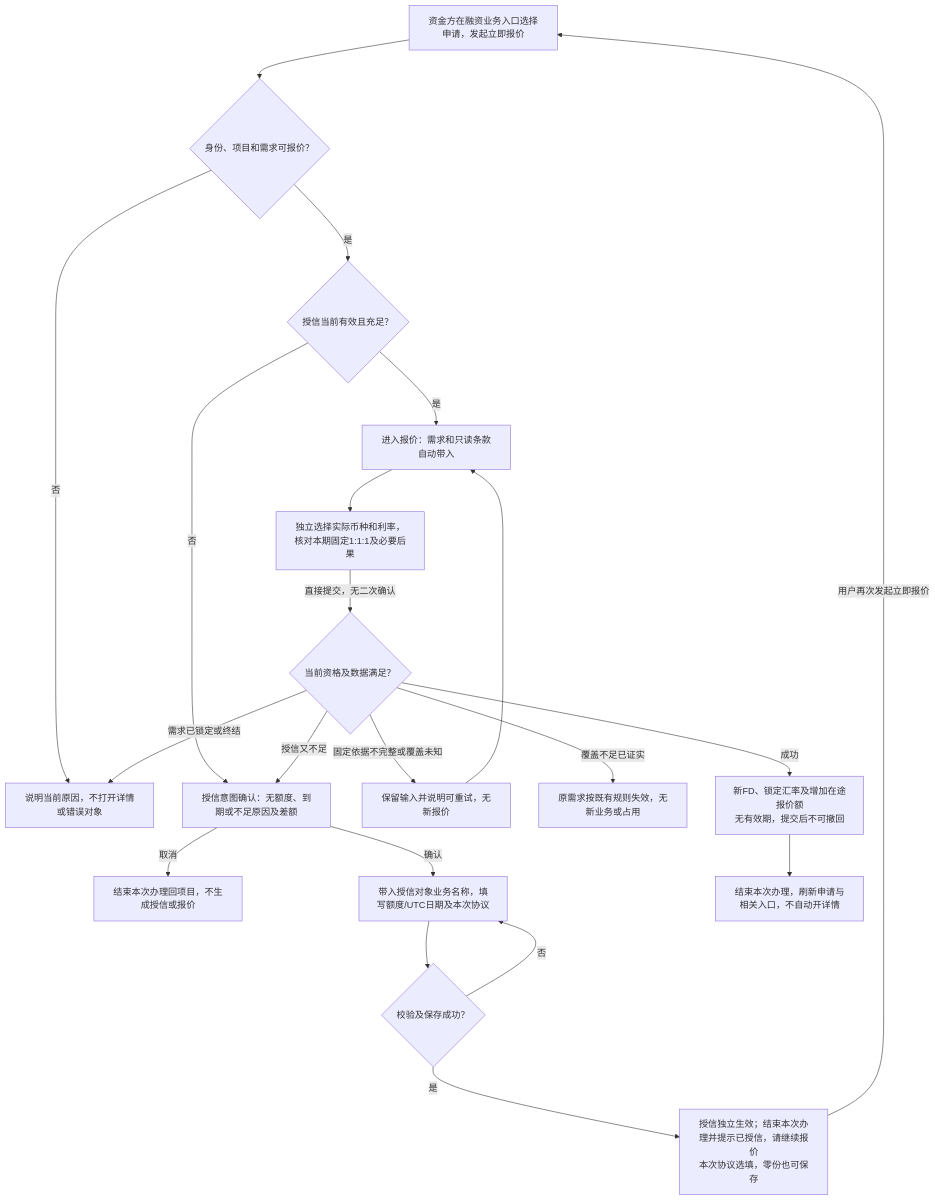
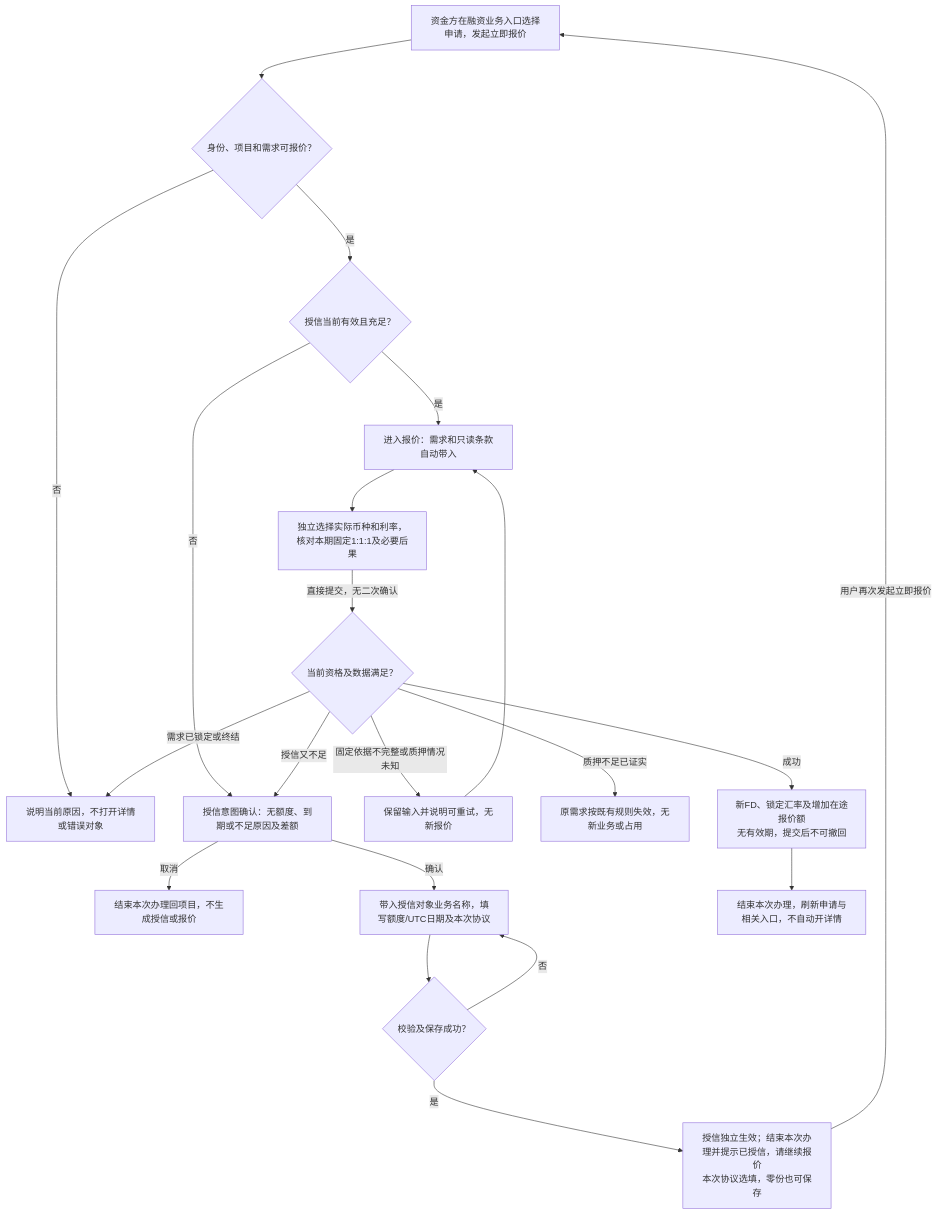
Before and after one commit to wxblockchain/Chain-Financing: the first of 8 diagrams in lending-platform/PRD/面客端/06-借贷广场-授信报价与接受拒绝/02-授信报价与接受拒绝-流程图与状态机.md, drawn with Mermaid. The commit also changed other lines of this file and 20 other files, not shown here.

````diff
--- a/lending-platform/PRD/面客端/06-借贷广场-授信报价与接受拒绝/02-授信报价与接受拒绝-流程图与状态机.md
+++ b/lending-platform/PRD/面客端/06-借贷广场-授信报价与接受拒绝/02-授信报价与接受拒绝-流程图与状态机.md
@@ -12,23 +12,23 @@
 ```mermaid
 flowchart TD
   A[资金方在融资业务入口选择申请，发起立即报价] --> B{身份、项目和需求可报价？}
   B -->|否| X[说明当前原因，不打开详情或错误对象]
   B -->|是| C{授信当前有效且充足？}
   C -->|否| D[授信意图确认：无额度、到期或不足原因及差额]
   D -->|取消| E[结束本次办理回项目，不生成授信或报价]
   D -->|确认| F[带入授信对象业务名称，填写额度/UTC日期及本次协议]
   F --> G{校验及保存成功？}
   G -->|否| F
   G -->|是| H[授信独立生效；结束本次办理并提示已授信，请继续报价<br/>本次协议选填，零份也可保存]
   H -->|用户再次发起立即报价| A
   C -->|是| Q[进入报价：需求和只读条款自动带入]
   Q --> R[独立选择实际币种和利率，核对本期固定1:1:1及必要后果]
   R -->|直接提交，无二次确认| S{当前资格及数据满足？}
-  S -->|固定依据不完整或覆盖未知| U[保留输入并说明可重试，无新报价]
+  S -->|固定依据不完整或质押情况未知| U[保留输入并说明可重试，无新报价]
   U --> Q
-  S -->|覆盖不足已证实| V[原需求按既有规则失效，无新业务或占用]
+  S -->|质押不足已证实| V[原需求按既有规则失效，无新业务或占用]
   S -->|需求已锁定或终结| X
   S -->|授信又不足| D
   S -->|成功| W[新FD、锁定汇率及增加在途报价额<br/>无有效期，提交后不可撤回]
   W --> Z[结束本次办理，刷新申请与相关入口，不自动开详情]
 ```
````
